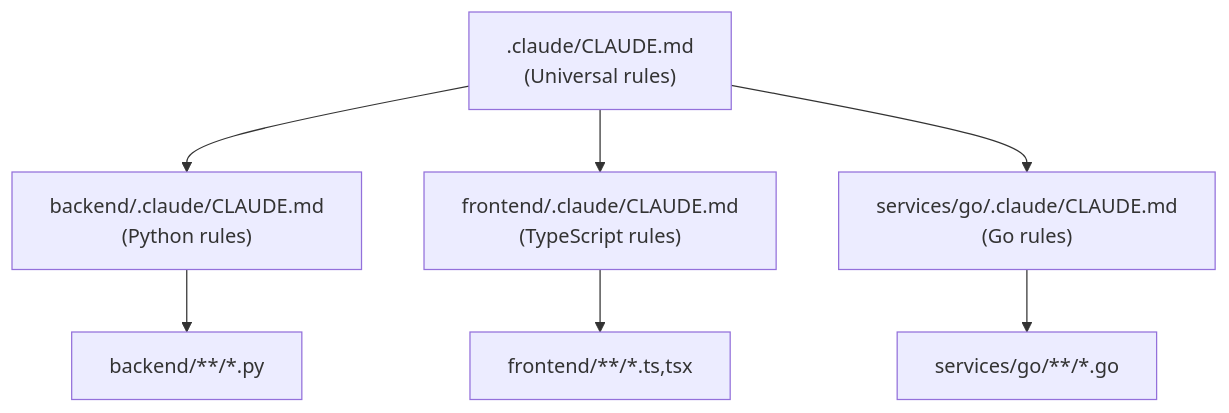
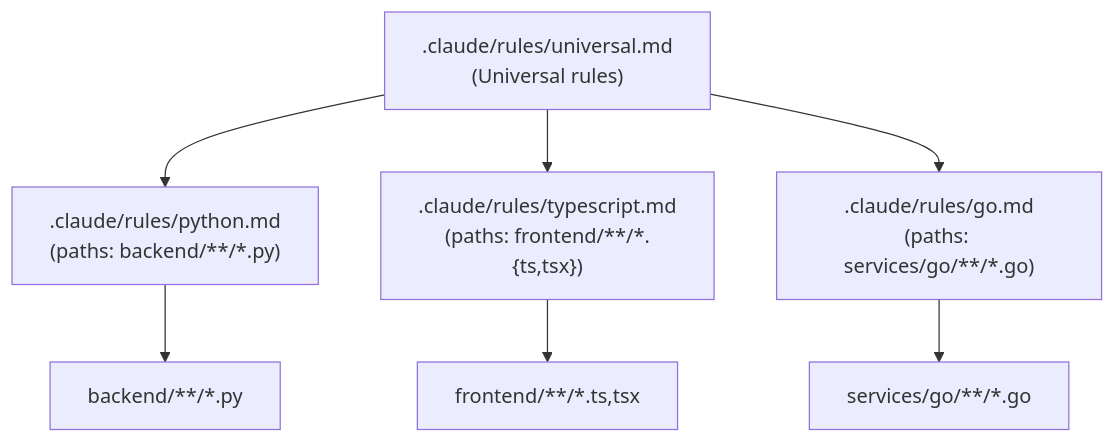
Before and after one commit to peteski22/claude-pragma: the third of 7 diagrams in ARCHITECTURE.md, drawn with Mermaid. The commit also changed other lines of this file and 7 other files, not shown here.

First line of the commit message:
Migrate setup-project from .claude/CLAUDE.md to .claude/rules/*.md (#93)

````diff
--- a/ARCHITECTURE.md
+++ b/ARCHITECTURE.md
@@ -258,12 +258,12 @@
 ```mermaid
 graph TD
-    Root[".claude/CLAUDE.md<br/>(Universal rules)"]
+    Root[".claude/rules/universal.md<br/>(Universal rules)"]
 
-    Root --> Backend["backend/.claude/CLAUDE.md<br/>(Python rules)"]
-    Root --> Frontend["frontend/.claude/CLAUDE.md<br/>(TypeScript rules)"]
-    Root --> Services["services/go/.claude/CLAUDE.md<br/>(Go rules)"]
+    Root --> Python[".claude/rules/python.md<br/>(paths: backend/**/*.py)"]
+    Root --> TS[".claude/rules/typescript.md<br/>(paths: frontend/**/*.{ts,tsx})"]
+    Root --> Go[".claude/rules/go.md<br/>(paths: services/go/**/*.go)"]
 
-    Backend --> PyFiles["backend/**/*.py"]
-    Frontend --> TSFiles["frontend/**/*.ts,tsx"]
-    Services --> GoFiles["services/go/**/*.go"]
+    Python --> PyFiles["backend/**/*.py"]
+    TS --> TSFiles["frontend/**/*.ts,tsx"]
+    Go --> GoFiles["services/go/**/*.go"]
 ```
````
